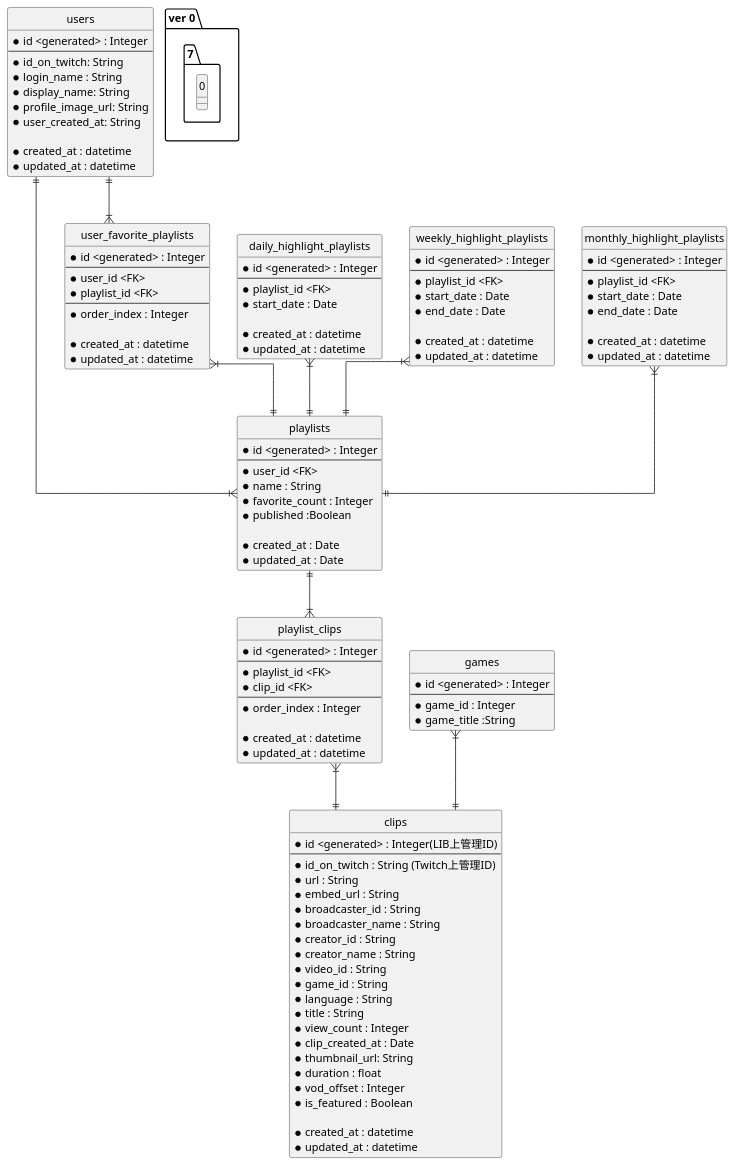
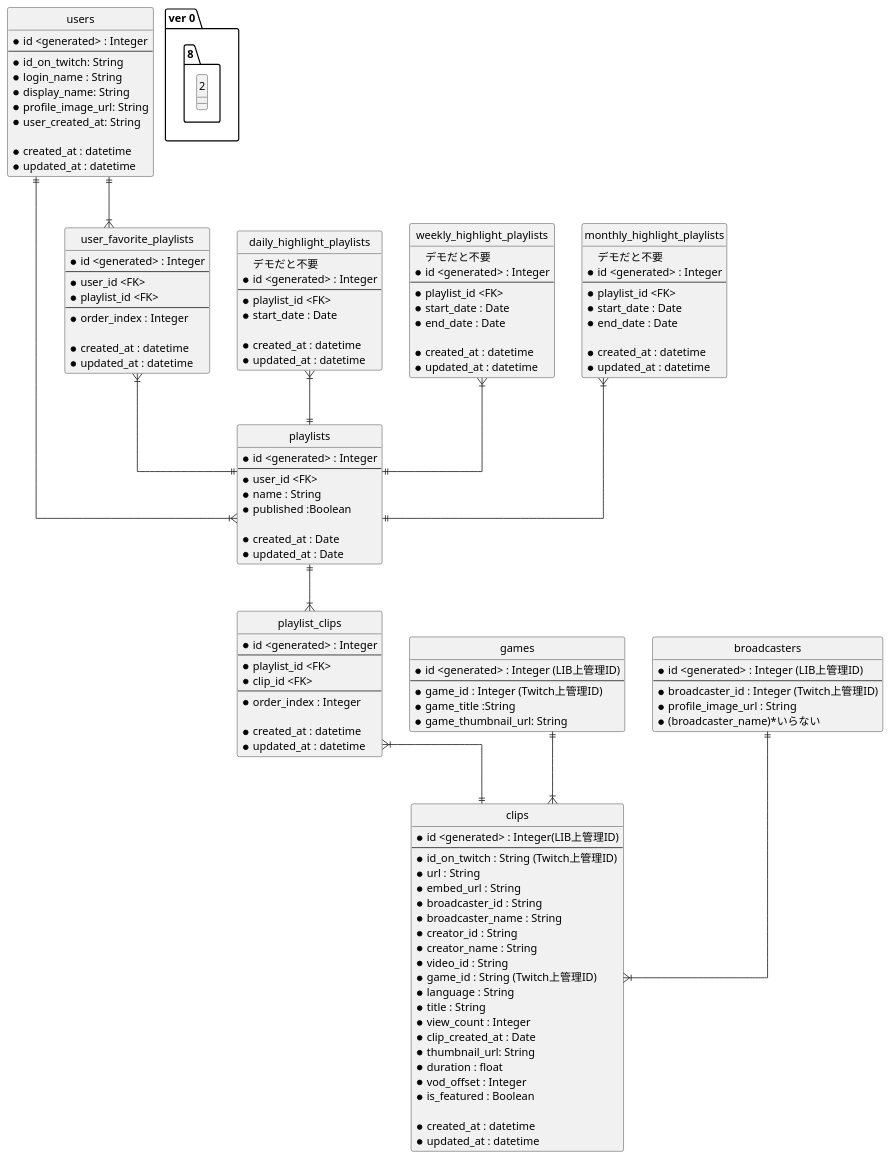
Before and after one commit to Taku1103/APPRENTICE_Quests_private: the diagram in dev2_Team_rubbit/er.pu, drawn with PlantUML. The commit also changed 4 other files, not shown here.

Commit message:
ER ver0.8.2

```diff
--- a/dev2_Team_rubbit/er.pu
+++ b/dev2_Team_rubbit/er.pu
@@ -3,139 +3,162 @@
 @startuml shortcut_quiz
 
 ' hide the spot
 hide circle
 
 ' avoid problems with angled crows feet
 skinparam linetype ortho
 
 
-entity "ver 0.7.0" {
+entity "ver 0.8.2" {
 
 }
 
 entity "users" {
     *id <generated> : Integer
     --
     *id_on_twitch: String
     *login_name : String
     *display_name: String
     *profile_image_url: String
     *user_created_at: String
 
     *created_at : datetime
     *updated_at : datetime
 }
 
 
 entity "playlists" {
     *id <generated> : Integer
     --
     *user_id <FK>
     *name : String
-    *favorite_count : Integer
     *published :Boolean
 
     *created_at : Date
     *updated_at : Date
 }
 
 
 entity "clips" {
     *id <generated> : Integer(LIB上管理ID)
     --
     *id_on_twitch : String (Twitch上管理ID)
     *url : String
     *embed_url : String
     *broadcaster_id : String
     *broadcaster_name : String
     *creator_id : String
     *creator_name : String
     *video_id : String
-    *game_id : String
+    *game_id : String (Twitch上管理ID)
     *language : String
     *title : String
     *view_count : Integer
     *clip_created_at : Date
     *thumbnail_url: String
     *duration : float
     *vod_offset : Integer
     *is_featured : Boolean
 
     *created_at : datetime
     *updated_at : datetime
 }
 
 
 entity  "playlist_clips" {
     *id <generated> : Integer
     --
     *playlist_id <FK>
     *clip_id <FK>
     --
     *order_index : Integer
 
     *created_at : datetime
     *updated_at : datetime
 }
 entity "user_favorite_playlists" {
     *id <generated> : Integer
     --
     *user_id <FK>
     *playlist_id <FK>
     --
     *order_index : Integer
 
     *created_at : datetime
     *updated_at : datetime
 }
 
 entity "daily_highlight_playlists" {
+    デモだと不要
     *id <generated> : Integer
     --
     *playlist_id <FK>
     *start_date : Date
 
     *created_at : datetime
     *updated_at : datetime
 }
 entity "weekly_highlight_playlists" {
+    デモだと不要
     *id <generated> : Integer
     --
     *playlist_id <FK>
     *start_date : Date
     *end_date : Date
 
     *created_at : datetime
     *updated_at : datetime
 }
 entity "monthly_highlight_playlists" {
+    デモだと不要
     *id <generated> : Integer
     --
     *playlist_id <FK>
     *start_date : Date
     *end_date : Date
 
     *created_at : datetime
     *updated_at : datetime
 }
 
 entity "games" {
-  *id <generated> : Integer
+  *id <generated> : Integer (LIB上管理ID)
   --
-  *game_id : Integer
+  *game_id : Integer (Twitch上管理ID)
   *game_title :String
+  *game_thumbnail_url: String
 }
+
+entity "broadcasters"{
+  *id <generated> : Integer (LIB上管理ID)
+  --
+  *broadcaster_id : Integer (Twitch上管理ID)
+  *profile_image_url : String
+  *(broadcaster_name)*いらない
+}
+
+' entity  "follow_broadcasters"{
+'   *user_id <FK>
+'   *broadcaster_id <FK>
+' }
+
 
 users||--|{playlists
 playlists||--|{playlist_clips
 playlist_clips}|--||clips
 users||--|{user_favorite_playlists
 user_favorite_playlists}|--||playlists
 
 daily_highlight_playlists}|--||playlists
 weekly_highlight_playlists}|--||playlists
 monthly_highlight_playlists}|--||playlists
 
-games}|--||clips
+games||--|{clips
+
+broadcasters||--|{clips
+
+' users||--|{follow_broadcasters
+' follow_broadcasters}|--||broadcasters
+
 
 @enduml
```
